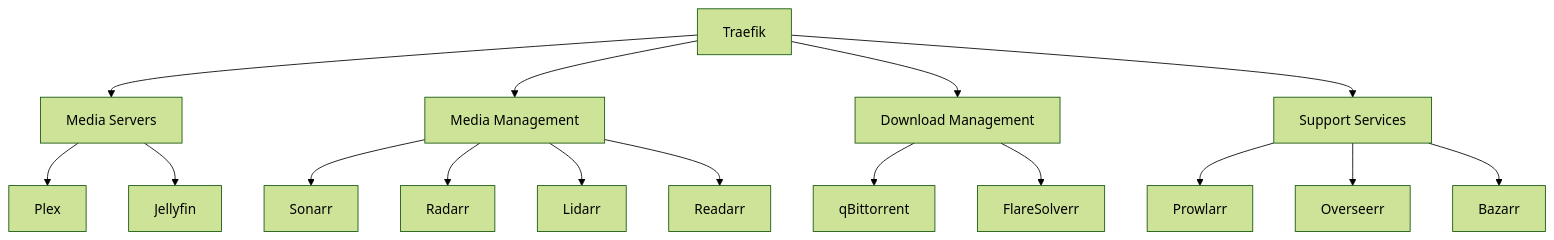
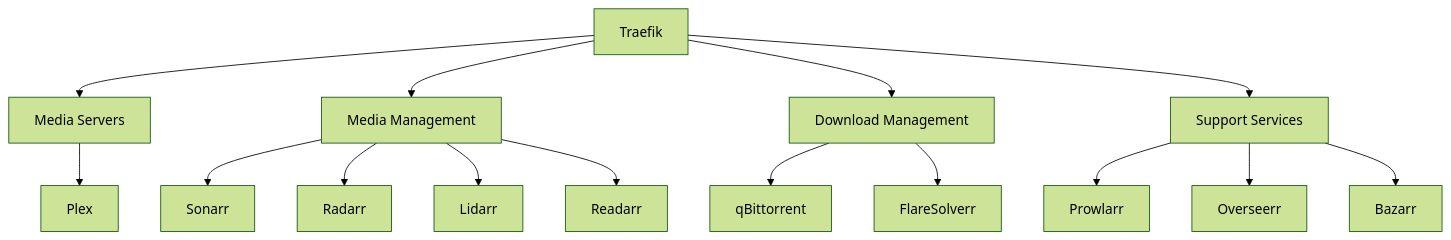
The diagram in docs/services.md (bthe0/captainarr), drawn with Mermaid (forest theme) before and after one commit.

Commit message:
Update services.md
Removed jellyfin as for now we don't support it.

````diff
--- a/docs/services.md
+++ b/docs/services.md
@@ -228,22 +228,21 @@
 ```mermaid
 graph TD
     A[Traefik] --> B[Media Servers]
     A --> C[Media Management]
     A --> D[Download Management]
     A --> E[Support Services]
 
     B --> B1[Plex]
-    B --> B2[Jellyfin]
 
     C --> C1[Sonarr]
     C --> C2[Radarr]
     C --> C3[Lidarr]
     C --> C4[Readarr]
 
     D --> D1[qBittorrent]
     D --> D2[FlareSolverr]
 
     E --> E1[Prowlarr]
     E --> E2[Overseerr]
     E --> E3[Bazarr]
 ```
````
